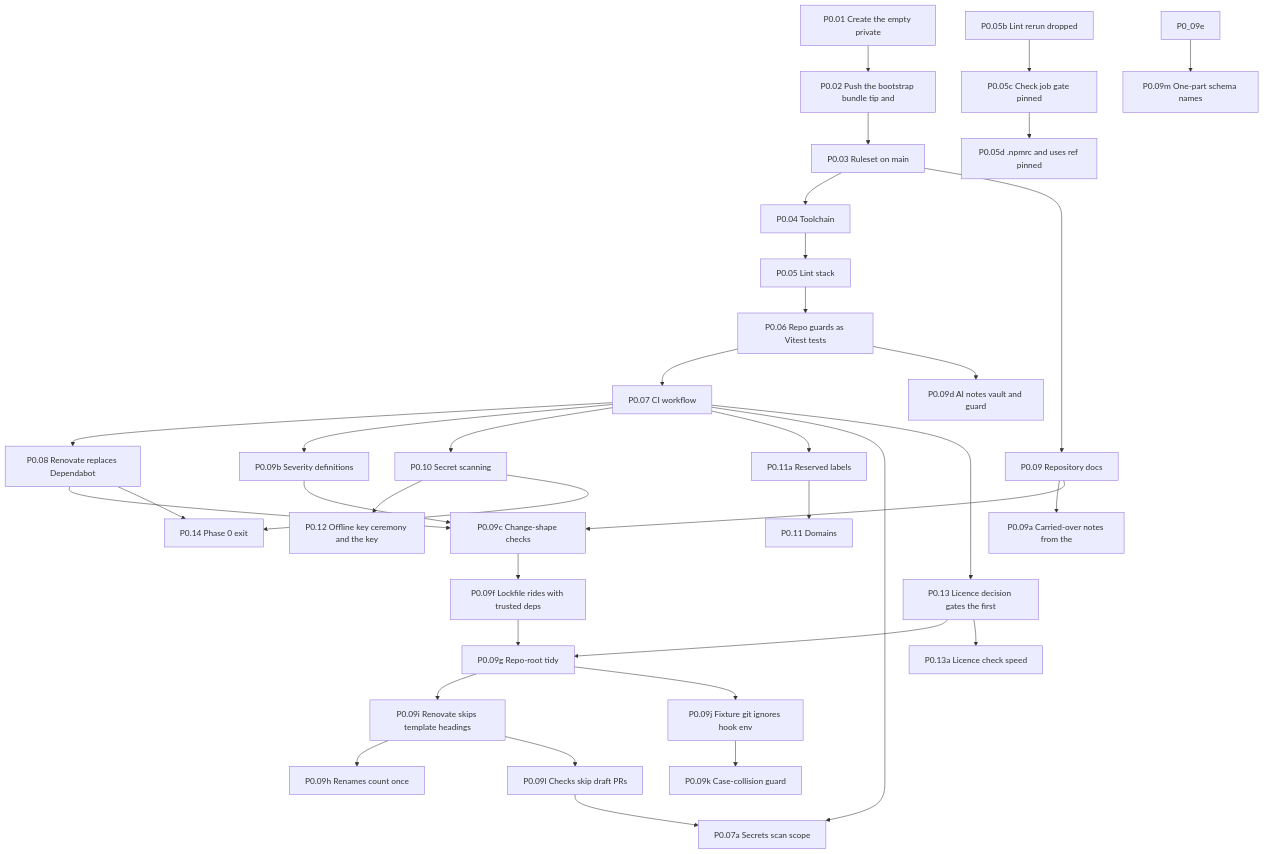
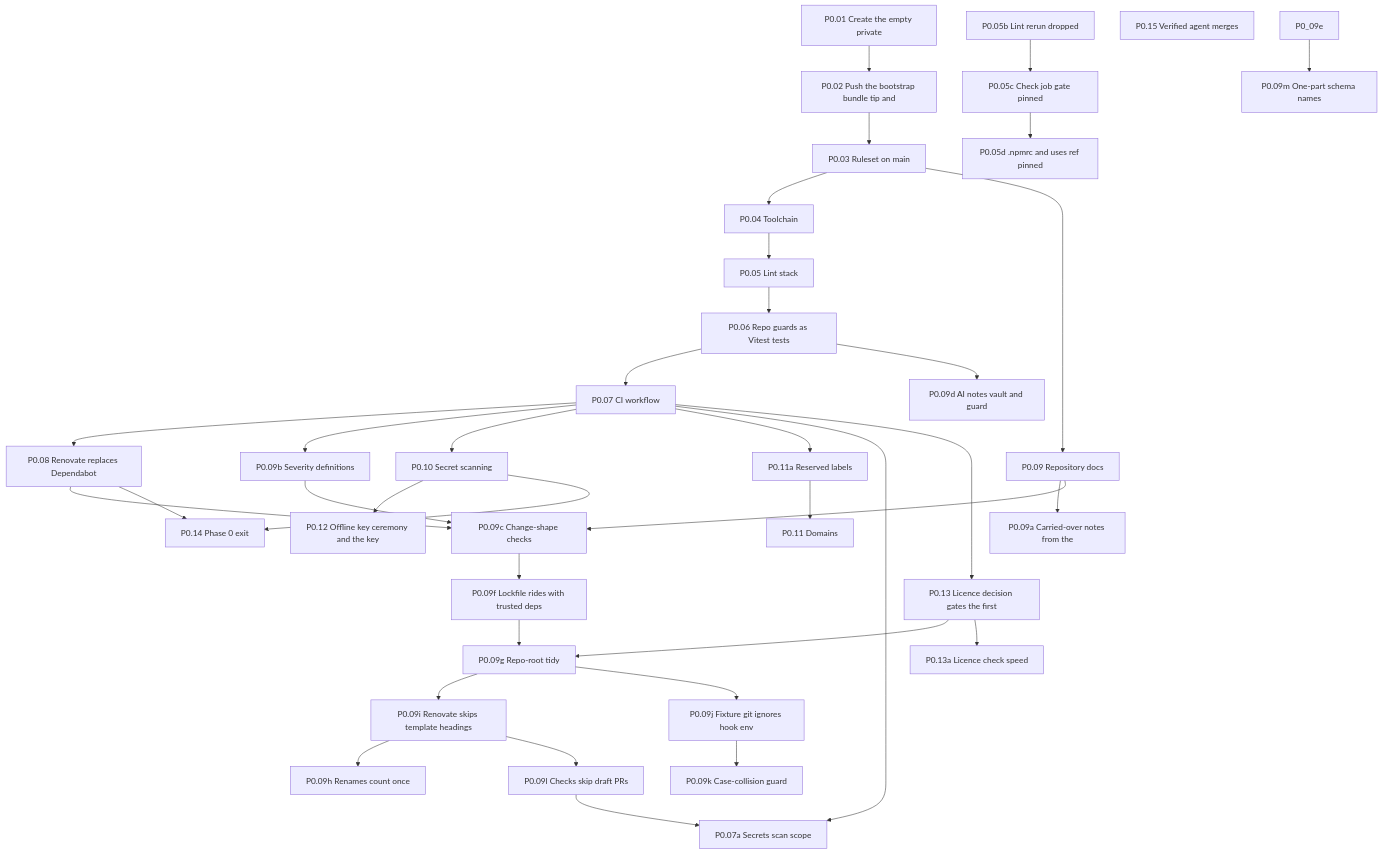
One commit to Undefined6799/unset changed the first of 11 diagrams in docs/ai/book/01-outline.md. Above: the diagram before and after it, drawn with Mermaid. The commit also changed other lines of this file and 2 other files, not shown here.

First line of the commit message:
P0.09 Book P0.15, P1.23h and three merges

````diff
--- a/docs/ai/book/01-outline.md
+++ b/docs/ai/book/01-outline.md
@@ -63,70 +64,71 @@
 ```mermaid
 flowchart TD
   P0_01["P0.01 Create the empty private"]
   P0_02["P0.02 Push the bootstrap bundle tip and"]
   P0_03["P0.03 Ruleset on main"]
   P0_04["P0.04 Toolchain"]
   P0_05["P0.05 Lint stack"]
   P0_05b["P0.05b Lint rerun dropped"]
   P0_05c["P0.05c Check job gate pinned"]
   P0_05d["P0.05d .npmrc and uses ref pinned"]
   P0_06["P0.06 Repo guards as Vitest tests"]
   P0_07["P0.07 CI workflow"]
   P0_08["P0.08 Renovate replaces Dependabot"]
   P0_09["P0.09 Repository docs"]
   P0_09a["P0.09a Carried-over notes from the"]
   P0_09b["P0.09b Severity definitions"]
   P0_09c["P0.09c Change-shape checks"]
   P0_09d["P0.09d AI notes vault and guard"]
   P0_09f["P0.09f Lockfile rides with trusted deps"]
   P0_09g["P0.09g Repo-root tidy"]
   P0_09h["P0.09h Renames count once"]
   P0_09i["P0.09i Renovate skips template headings"]
   P0_09l["P0.09l Checks skip draft PRs"]
   P0_07a["P0.07a Secrets scan scope"]
   P0_09j["P0.09j Fixture git ignores hook env"]
   P0_09k["P0.09k Case-collision guard"]
   P0_09m["P0.09m One-part schema names"]
   P0_10["P0.10 Secret scanning"]
   P0_11a["P0.11a Reserved labels"]
   P0_11["P0.11 Domains"]
   P0_12["P0.12 Offline key ceremony and the key"]
   P0_13["P0.13 Licence decision gates the first"]
   P0_13a["P0.13a Licence check speed"]
   P0_14["P0.14 Phase 0 exit"]
+  P0_15["P0.15 Verified agent merges"]
   P0_01 --> P0_02
   P0_02 --> P0_03
   P0_03 --> P0_04
   P0_04 --> P0_05
   P0_05b --> P0_05c
   P0_05c --> P0_05d
   P0_05 --> P0_06
   P0_06 --> P0_07
   P0_07 --> P0_08
   P0_03 --> P0_09
   P0_09 --> P0_09a
   P0_07 --> P0_09b
   P0_08 --> P0_09c
   P0_09 --> P0_09c
   P0_09b --> P0_09c
   P0_06 --> P0_09d
   P0_09c --> P0_09f
   P0_09f --> P0_09g
   P0_13 --> P0_09g
   P0_09g --> P0_09i
   P0_09g --> P0_09j
   P0_09i --> P0_09h
   P0_09j --> P0_09k
   P0_09e --> P0_09m
   P0_09i --> P0_09l
   P0_07 --> P0_10
   P0_07 --> P0_11a
   P0_07 --> P0_07a
   P0_09l --> P0_07a
   P0_11a --> P0_11
   P0_10 --> P0_12
   P0_07 --> P0_13
   P0_13 --> P0_13a
   P0_08 --> P0_14
   P0_10 --> P0_14
 ```
````
